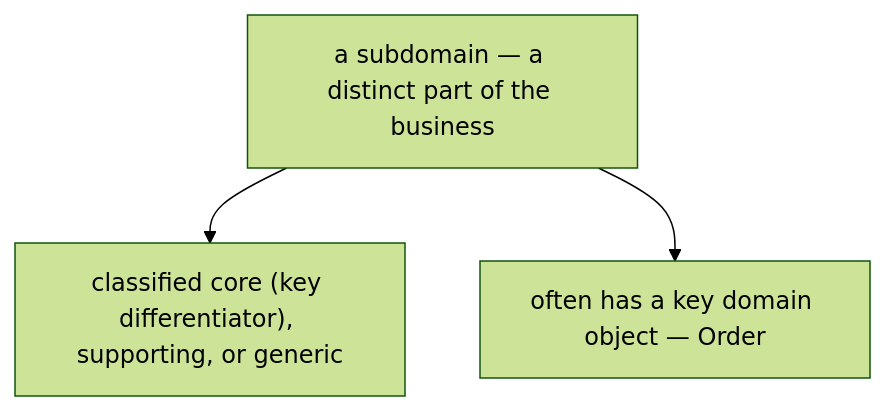
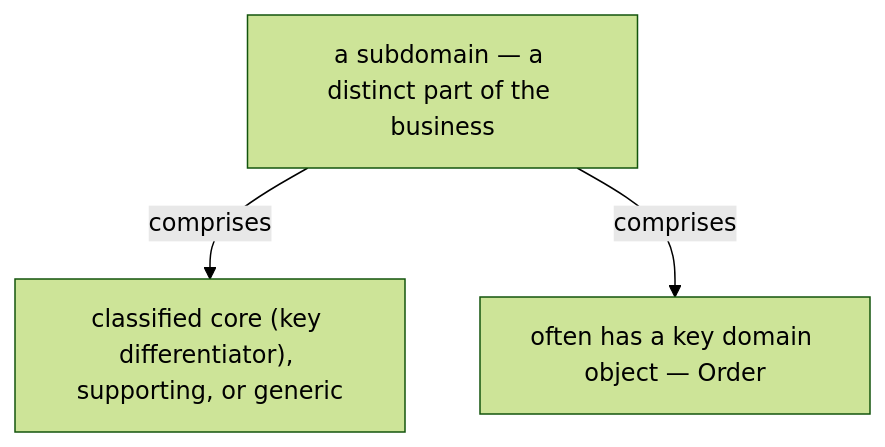
One commit to vinayakuber/microservices-io-study-guide changed the sixth of 13 diagrams in docs/ch04-decompose-by-subdomain.md. Above: the diagram before and after it, drawn with Mermaid (forest theme). The commit also changed other lines of this file and 71 other files, not shown here.

First line of the commit message:
R18: label every diagram arrow with its meaning

````diff
--- a/docs/ch04-decompose-by-subdomain.md
+++ b/docs/ch04-decompose-by-subdomain.md
@@ -227,6 +227,6 @@
 ```mermaid
 flowchart TD
   R["a subdomain — a distinct part of the business"]
-  R --> P0["classified core (key differentiator), supporting, or generic"]
-  R --> P1["often has a key domain object — Order"]
+  R -->|"comprises"| P0["classified core (key differentiator), supporting, or generic"]
+  R -->|"comprises"| P1["often has a key domain object — Order"]
 ```
````
